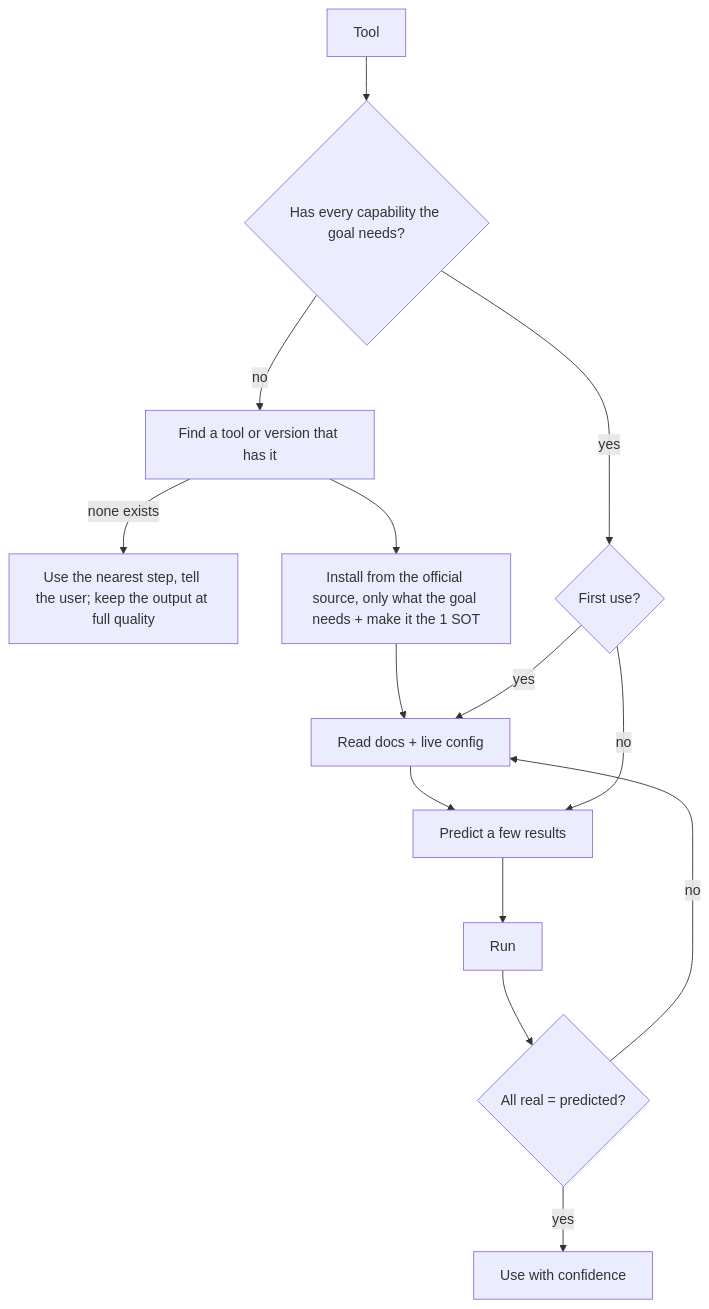
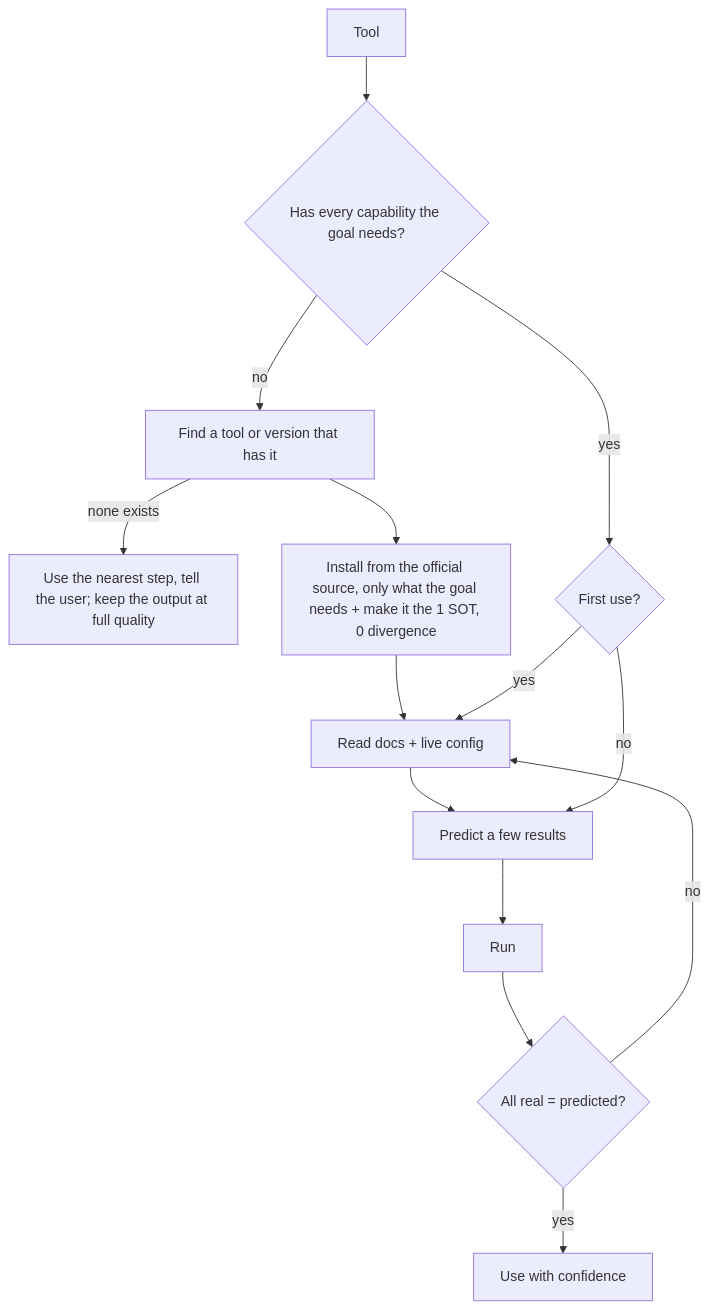
The fifth of 14 diagrams in AGENTS.md (SolenixAI/arbiter), drawn with Mermaid before and after one commit. The commit also changed other lines of this file, not shown here.

````diff
--- a/AGENTS.md
+++ b/AGENTS.md
@@ -216,13 +220,13 @@
 ```mermaid
 flowchart TD
   T[Tool] --> H{Has every capability the goal needs?}
   H -->|no| F[Find a tool or version that has it]
   F -->|none exists| X["Use the nearest step, tell the user; keep the output at full quality"]
-  F --> I[Install from the official source, only what the goal needs + make it the 1 SOT] --> D
+  F --> I[Install from the official source, only what the goal needs + make it the 1 SOT, 0 divergence] --> D
   H -->|yes| FU{First use?}
   FU -->|yes| D[Read docs + live config] --> P[Predict a few results] --> R[Run]
   FU -->|no| P
   R --> C{All real = predicted?}
   C -->|no| D
   C -->|yes| U[Use with confidence]
 ```
````
